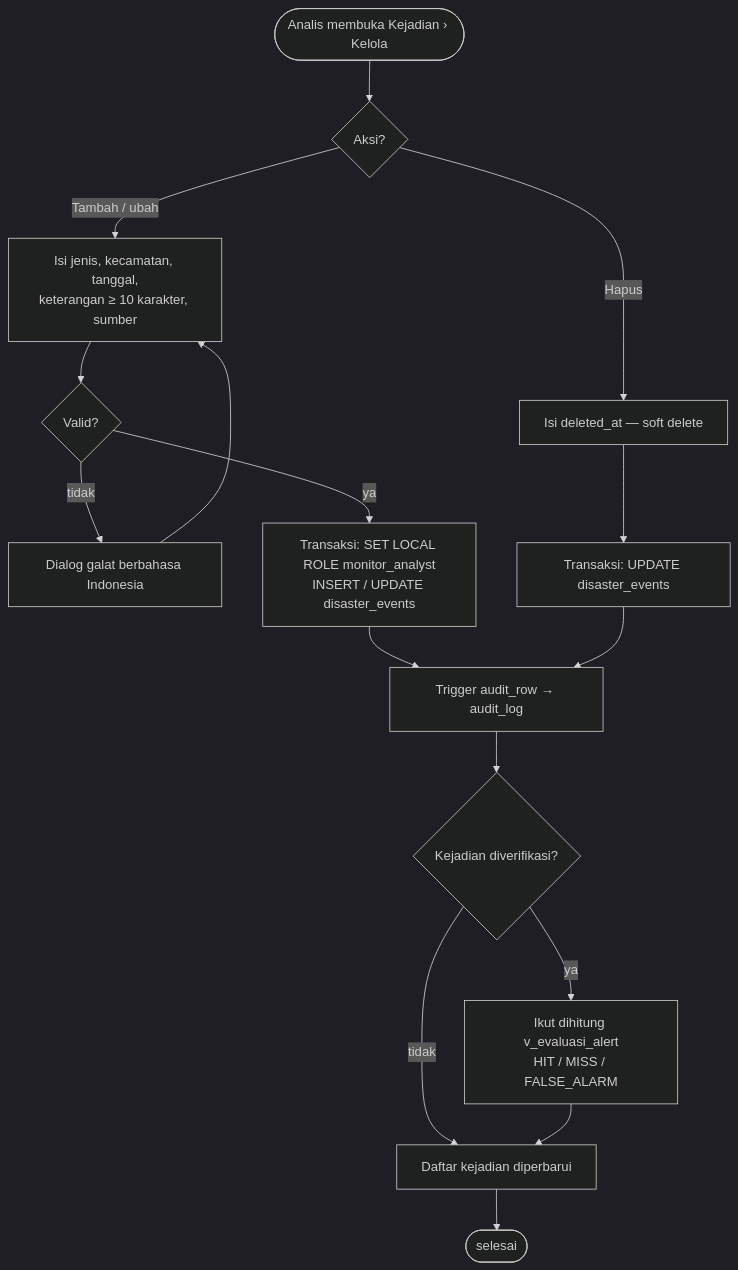
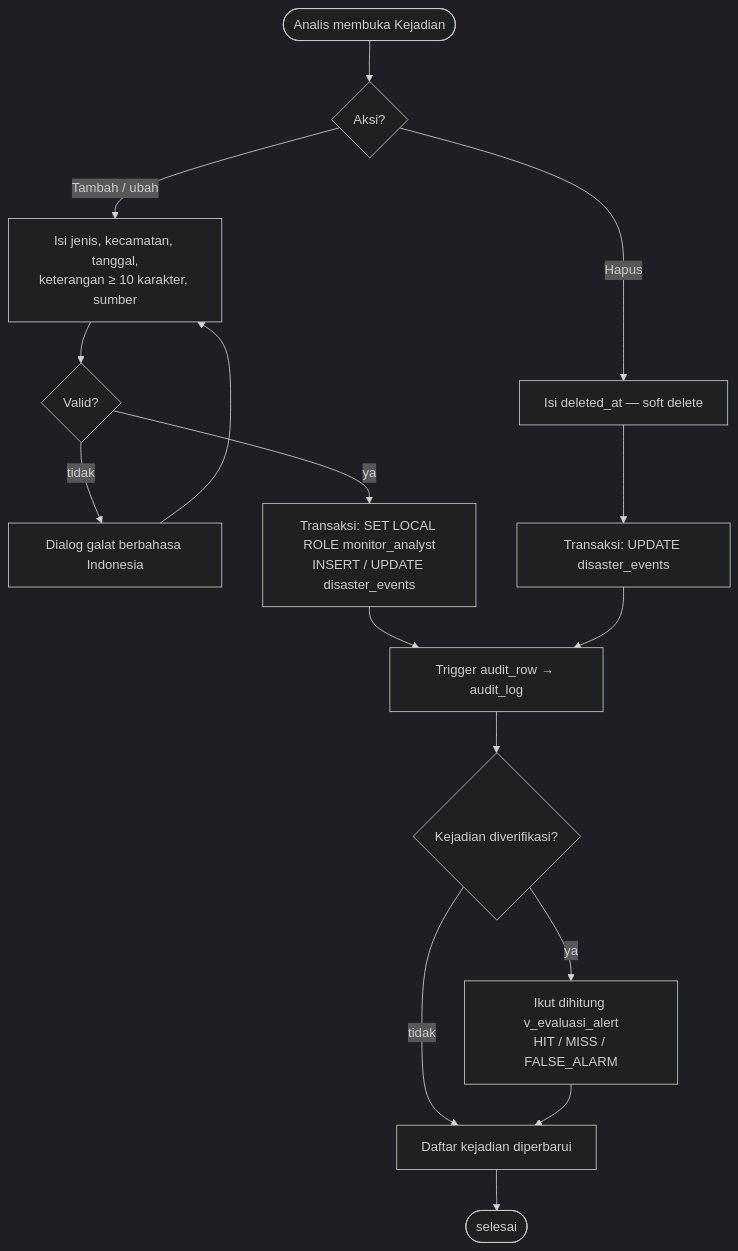
One commit to not-notyou-you/orbit_u_monitor changed the fourth of 4 diagrams in DOCS/INTERFACE.md. Above: the diagram before and after it, drawn with Mermaid (dark theme). The commit also changed other lines of this file and 330 other files, not shown here.

````diff
--- a/DOCS/INTERFACE.md
+++ b/DOCS/INTERFACE.md
@@ -659,16 +671,16 @@
 ```mermaid
 flowchart TD
-    a([Analis membuka Kejadian › Kelola]) --> b{Aksi?}
+    a([Analis membuka Kejadian]) --> b{Aksi?}
     b -- Tambah / ubah --> f[Isi jenis, kecamatan, tanggal,<br/>keterangan ≥ 10 karakter, sumber]
     f --> v{Valid?}
     v -- tidak --> err[Dialog galat berbahasa Indonesia] --> f
     v -- ya --> tx[Transaksi: SET LOCAL ROLE monitor_analyst<br/>INSERT / UPDATE disaster_events]
     b -- Hapus --> sd[Isi deleted_at — soft delete]
     sd --> tx2[Transaksi: UPDATE disaster_events]
     tx --> aud[Trigger audit_row → audit_log]
     tx2 --> aud
     aud --> ver{Kejadian diverifikasi?}
     ver -- ya --> ev[Ikut dihitung v_evaluasi_alert<br/>HIT / MISS / FALSE_ALARM]
     ver -- tidak --> list
     ev --> list[Daftar kejadian diperbarui] --> z([selesai])
 ```
````
